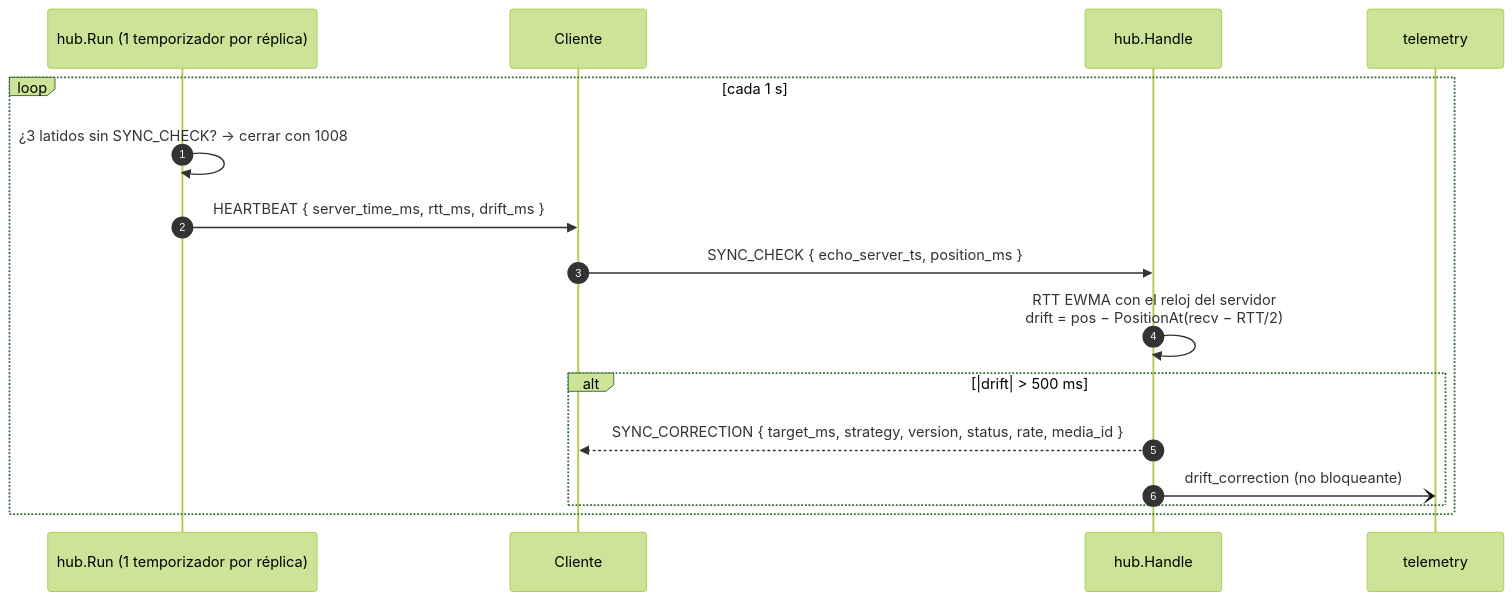
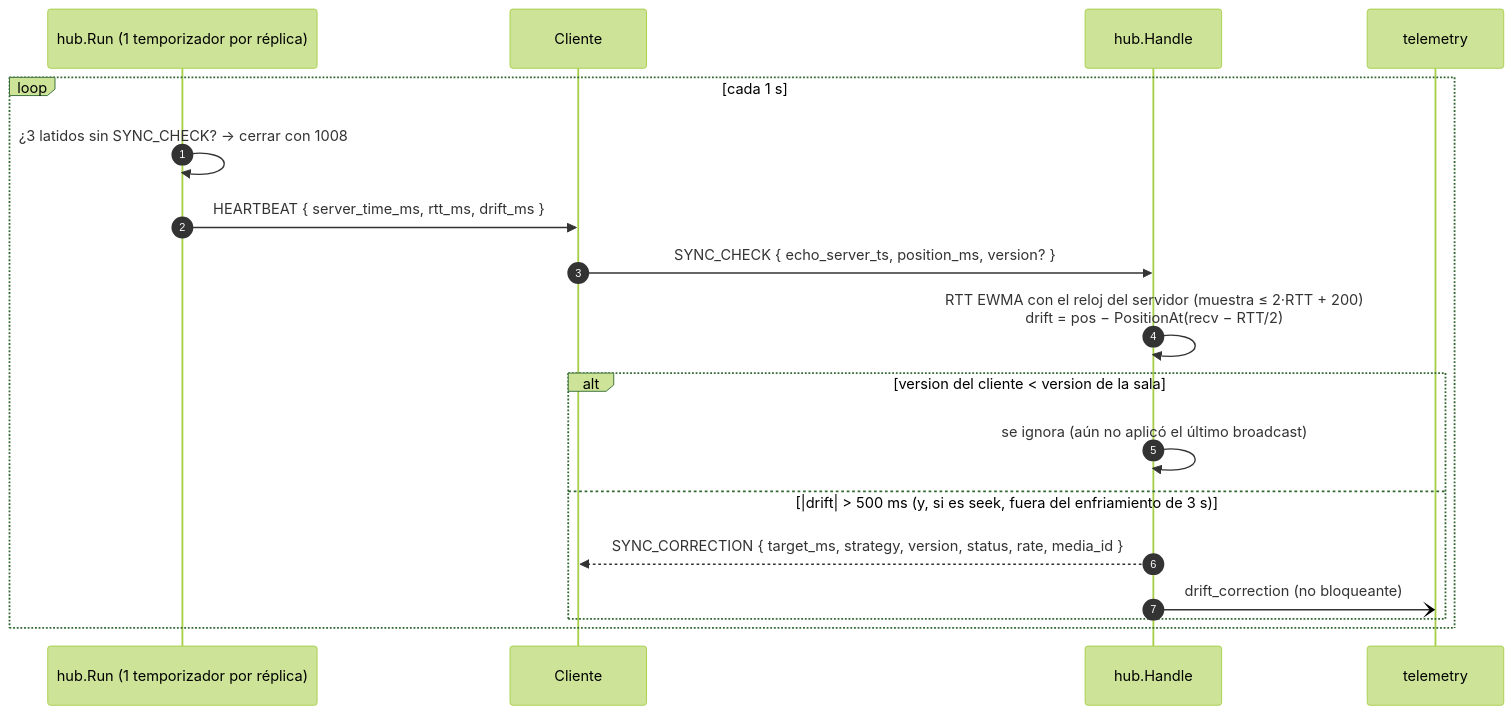
The seventh of 20 diagrams in docs/dominio-reproduccion.md (N1ghtlyC0de/TINT), drawn with Mermaid (forest theme) before and after one commit. The commit also changed other lines of this file and 3 other files, not shown here.

````diff
--- a/docs/dominio-reproduccion.md
+++ b/docs/dominio-reproduccion.md
@@ -417,19 +417,21 @@
 ```mermaid
 sequenceDiagram
     autonumber
     participant L as hub.Run (1 temporizador por réplica)
     participant C as Cliente
     participant H as hub.Handle
     participant T as telemetry
 
     loop cada 1 s
         L->>L: ¿3 latidos sin SYNC_CHECK? → cerrar con 1008
         L->>C: HEARTBEAT { server_time_ms, rtt_ms, drift_ms }
-        C->>H: SYNC_CHECK { echo_server_ts, position_ms }
-        H->>H: RTT EWMA con el reloj del servidor<br/>drift = pos − PositionAt(recv − RTT/2)
-        alt |drift| > 500 ms
+        C->>H: SYNC_CHECK { echo_server_ts, position_ms, version? }
+        H->>H: RTT EWMA con el reloj del servidor (muestra ≤ 2·RTT + 200)<br/>drift = pos − PositionAt(recv − RTT/2)
+        alt version del cliente < version de la sala
+            H->>H: se ignora (aún no aplicó el último broadcast)
+        else |drift| > 500 ms (y, si es seek, fuera del enfriamiento de 3 s)
             H-->>C: SYNC_CORRECTION { target_ms, strategy, version, status, rate, media_id }
             H-)T: drift_correction (no bloqueante)
         end
     end
 ```
````
